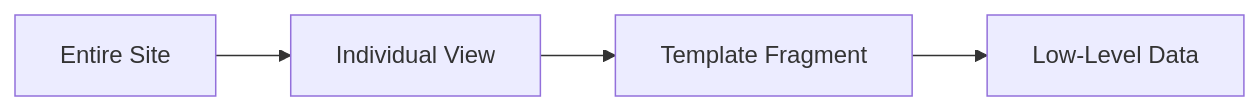
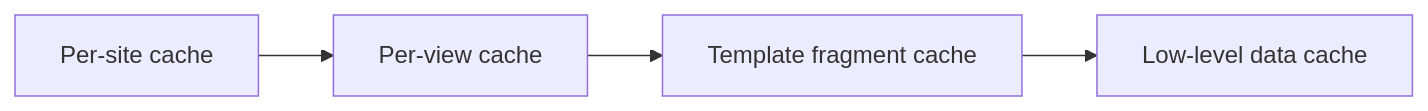
The second of 6 diagrams in src/content/django/caching-framework.md (AvadhBhalodiya/Interview-Preparation), drawn with Mermaid before and after one commit. The commit also changed other lines of this file and 80 other files, not shown here.

````diff
--- a/src/content/django/caching-framework.md
+++ b/src/content/django/caching-framework.md
@@ -186,6 +91,6 @@
 ```mermaid
 flowchart LR
-    A[Entire Site] --> B[Individual View]
-    B --> C[Template Fragment]
-    C --> D[Low-Level Data]
+    A[Per-site cache] --> B[Per-view cache]
+    B --> C[Template fragment cache]
+    C --> D[Low-level data cache]
 ```
````
